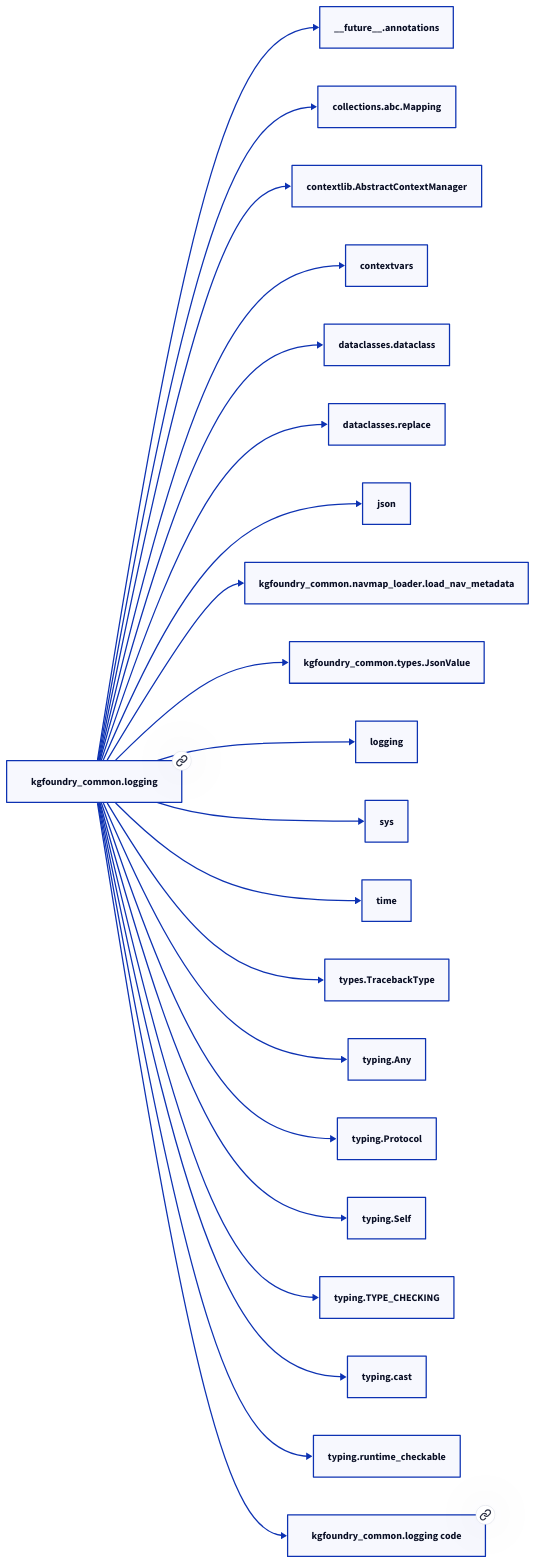
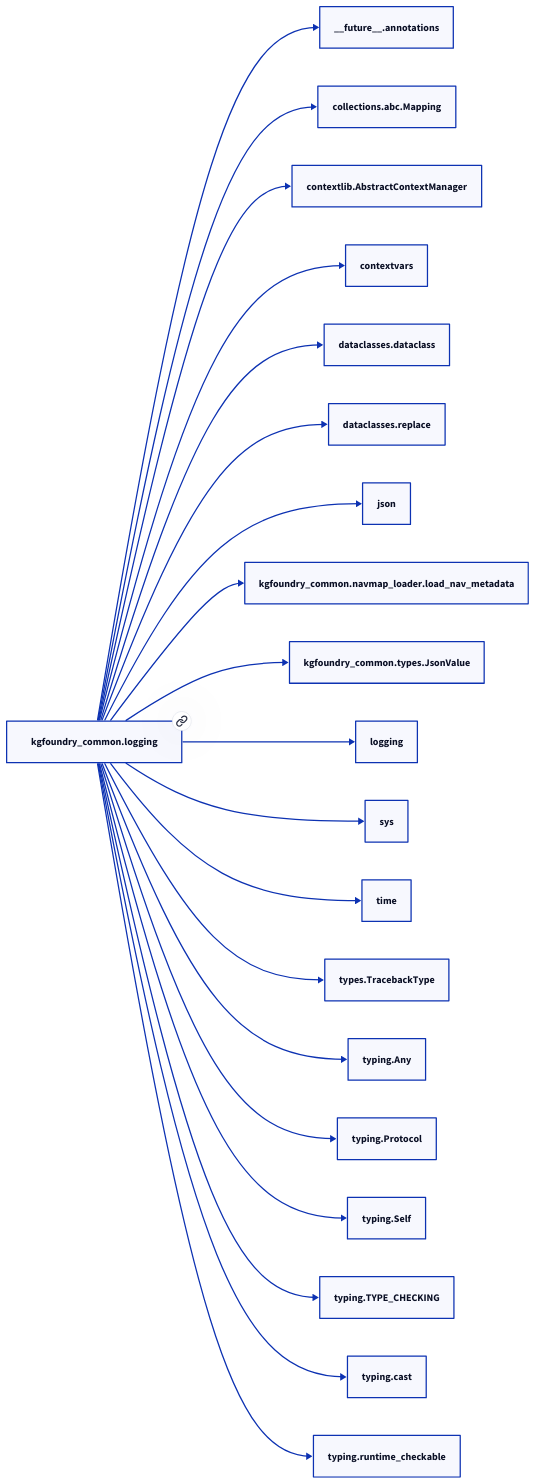
One commit to paul-heyse/kgforge changed the second of 2 diagrams in docs/modules/kgfoundry_common/logging.md. Above: the diagram before and after it, drawn with D2. The commit also changed other lines of this file and 118 other files, not shown here.

````diff
--- a/docs/modules/kgfoundry_common/logging.md
+++ b/docs/modules/kgfoundry_common/logging.md
@@ -118,44 +116,42 @@
 ```d2
 direction: right
-"kgfoundry_common.logging": "kgfoundry_common.logging" { link: "./kgfoundry_common/logging.md" }
+"kgfoundry_common.logging": "kgfoundry_common.logging" { link: "logging.md" }
 "__future__.annotations": "__future__.annotations"
 "kgfoundry_common.logging" -> "__future__.annotations"
 "collections.abc.Mapping": "collections.abc.Mapping"
 "kgfoundry_common.logging" -> "collections.abc.Mapping"
 "contextlib.AbstractContextManager": "contextlib.AbstractContextManager"
 "kgfoundry_common.logging" -> "contextlib.AbstractContextManager"
 "contextvars": "contextvars"
 "kgfoundry_common.logging" -> "contextvars"
 "dataclasses.dataclass": "dataclasses.dataclass"
 "kgfoundry_common.logging" -> "dataclasses.dataclass"
 "dataclasses.replace": "dataclasses.replace"
 "kgfoundry_common.logging" -> "dataclasses.replace"
 "json": "json"
 "kgfoundry_common.logging" -> "json"
 "kgfoundry_common.navmap_loader.load_nav_metadata": "kgfoundry_common.navmap_loader.load_nav_metadata"
 "kgfoundry_common.logging" -> "kgfoundry_common.navmap_loader.load_nav_metadata"
 "kgfoundry_common.types.JsonValue": "kgfoundry_common.types.JsonValue"
 "kgfoundry_common.logging" -> "kgfoundry_common.types.JsonValue"
 "logging": "logging"
 "kgfoundry_common.logging" -> "logging"
 "sys": "sys"
 "kgfoundry_common.logging" -> "sys"
 "time": "time"
 "kgfoundry_common.logging" -> "time"
 "types.TracebackType": "types.TracebackType"
 "kgfoundry_common.logging" -> "types.TracebackType"
 "typing.Any": "typing.Any"
 "kgfoundry_common.logging" -> "typing.Any"
 "typing.Protocol": "typing.Protocol"
 "kgfoundry_common.logging" -> "typing.Protocol"
 "typing.Self": "typing.Self"
 "kgfoundry_common.logging" -> "typing.Self"
 "typing.TYPE_CHECKING": "typing.TYPE_CHECKING"
 "kgfoundry_common.logging" -> "typing.TYPE_CHECKING"
 "typing.cast": "typing.cast"
 "kgfoundry_common.logging" -> "typing.cast"
 "typing.runtime_checkable": "typing.runtime_checkable"
 "kgfoundry_common.logging" -> "typing.runtime_checkable"
-"kgfoundry_common.logging_code": "kgfoundry_common.logging code" { link: "https://github.com/kgfoundry/kgfoundry/blob/main/src/kgfoundry_common/logging.py" }
-"kgfoundry_common.logging" -> "kgfoundry_common.logging_code" { style: dashed }
 ```
````
